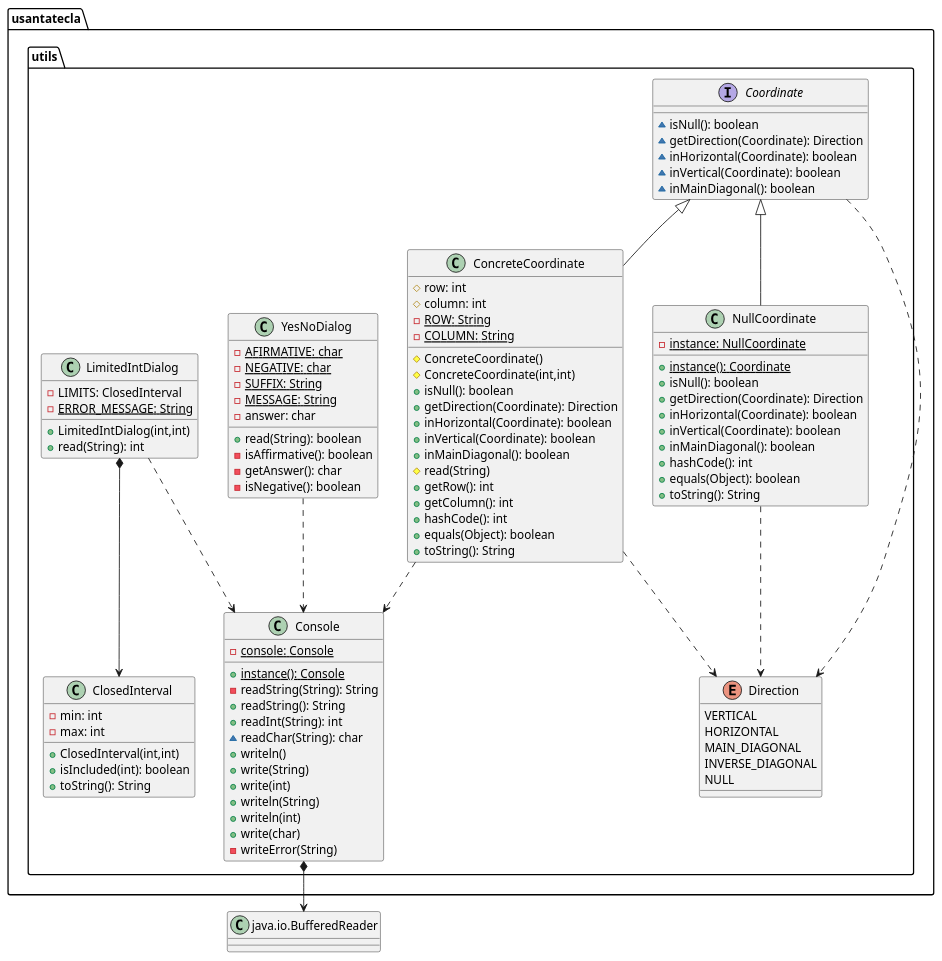
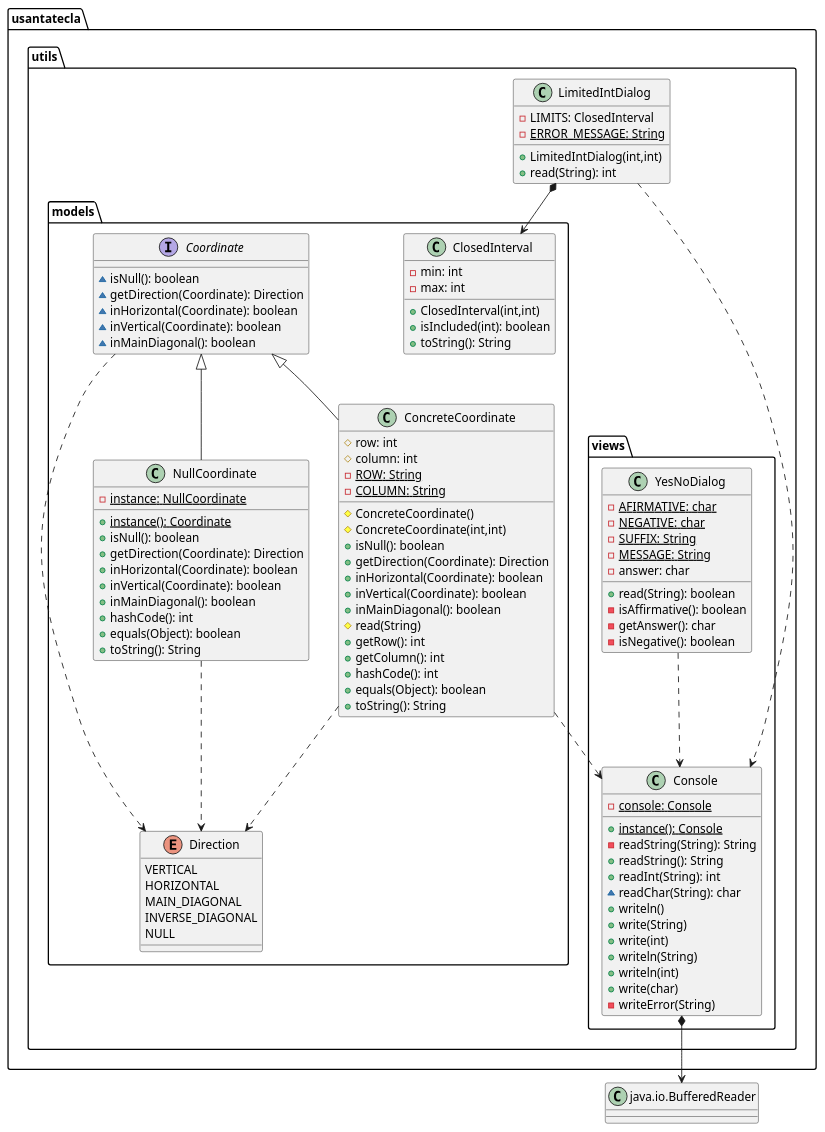
One commit to Jolucaa/USantaTecla-project-ticTacToe changed the seventh of 7 diagrams in documentView/withFactoryMethod/docs/diagrams/src/paquetes.plantuml. Above: the diagram before and after it, drawn with PlantUML. The commit also changed 54 other files, not shown here.

Commit message:
[dv.console] Added prototype + utils views

```diff
--- a/documentView/withFactoryMethod/docs/diagrams/src/paquetes.plantuml
+++ b/documentView/withFactoryMethod/docs/diagrams/src/paquetes.plantuml
@@ -466,108 +466,108 @@
 @startuml tictactoe.utils
 class BufferedReader as "java.io.BufferedReader"{}
 
-class  usantatecla.utils.ClosedInterval{
+class  usantatecla.utils.models.ClosedInterval{
 	- min: int
 	- max: int
 	+ ClosedInterval(int,int)
 	+ isIncluded(int): boolean
 	+ toString(): String
 }
 
-class usantatecla.utils.ConcreteCoordinate{
+class usantatecla.utils.models.ConcreteCoordinate{
 	# row: int
 	# column: int
 	- {static} ROW: String
 	- {static} COLUMN: String
 	# ConcreteCoordinate()
 	# ConcreteCoordinate(int,int)
 	+ isNull(): boolean
 	+ getDirection(Coordinate): Direction
 	+ inHorizontal(Coordinate): boolean
 	+ inVertical(Coordinate): boolean
 	+ inMainDiagonal(): boolean
 	# read(String)
 	+ getRow(): int
 	+ getColumn(): int
 	+ hashCode(): int
 	+ equals(Object): boolean
 	+ toString(): String
 }
 
-usantatecla.utils.Coordinate <|-down- usantatecla.utils.ConcreteCoordinate
-usantatecla.utils.ConcreteCoordinate .down.> usantatecla.utils.Direction
-usantatecla.utils.ConcreteCoordinate .down.> usantatecla.utils.Console
+usantatecla.utils.models.Coordinate <|-down- usantatecla.utils.models.ConcreteCoordinate
+usantatecla.utils.models.ConcreteCoordinate .down.> usantatecla.utils.models.Direction
+usantatecla.utils.models.ConcreteCoordinate .down.> usantatecla.utils.views.Console
 
 
-class usantatecla.utils.Console{
+class usantatecla.utils.views.Console{
 	- {static} console: Console
 	+ {static} instance(): Console
 	- readString(String): String
 	+ readString(): String
 	+ readInt(String): int
 	~ readChar(String): char
 	+ writeln()
 	+ write(String)
 	+ write(int)
 	+ writeln(String)
 	+ writeln(int)
 	+ write(char)
 	- writeError(String)
 }
-usantatecla.utils.Console *-down-> BufferedReader
+usantatecla.utils.views.Console *-down-> BufferedReader
 
-interface usantatecla.utils.Coordinate{
+interface usantatecla.utils.models.Coordinate{
 	~ isNull(): boolean
 	~ getDirection(Coordinate): Direction
 	~ inHorizontal(Coordinate): boolean
 	~ inVertical(Coordinate): boolean
 	~ inMainDiagonal(): boolean
 }
-usantatecla.utils.Coordinate .down.> usantatecla.utils.Direction
+usantatecla.utils.models.Coordinate .down.> usantatecla.utils.models.Direction
 
-enum usantatecla.utils.Direction{
+enum usantatecla.utils.models.Direction{
 	VERTICAL
 	HORIZONTAL
 	MAIN_DIAGONAL
 	INVERSE_DIAGONAL
 	NULL
 }
 
 class usantatecla.utils.LimitedIntDialog{
 	- LIMITS: ClosedInterval
 	- {static} ERROR_MESSAGE: String
 	+ LimitedIntDialog(int,int)
 	+ read(String): int
 }
 
-usantatecla.utils.LimitedIntDialog *-down-> usantatecla.utils.ClosedInterval
-usantatecla.utils.LimitedIntDialog .down.> usantatecla.utils.Console
+usantatecla.utils.LimitedIntDialog *-down-> usantatecla.utils.models.ClosedInterval
+usantatecla.utils.LimitedIntDialog .down.> usantatecla.utils.views.Console
 
-class usantatecla.utils.NullCoordinate{
+class usantatecla.utils.models.NullCoordinate{
 	- {static} instance: NullCoordinate
 	+ {static} instance(): Coordinate
 	+ isNull(): boolean
 	+ getDirection(Coordinate): Direction
 	+ inHorizontal(Coordinate): boolean
 	+ inVertical(Coordinate): boolean
 	+ inMainDiagonal(): boolean
 	+ hashCode(): int
 	+ equals(Object): boolean
 	+ toString(): String
 }
-usantatecla.utils.Coordinate <|-down- usantatecla.utils.NullCoordinate
-usantatecla.utils.NullCoordinate .down.> usantatecla.utils.Direction
+usantatecla.utils.models.Coordinate <|-down- usantatecla.utils.models.NullCoordinate
+usantatecla.utils.models.NullCoordinate .down.> usantatecla.utils.models.Direction
 
-class usantatecla.utils.YesNoDialog{
+class usantatecla.utils.views.YesNoDialog{
 	- {static} AFIRMATIVE: char
 	- {static} NEGATIVE: char
 	- {static} SUFFIX: String
 	- {static} MESSAGE: String
 	- answer: char
 	+ read(String): boolean
 	- isAffirmative(): boolean
 	- getAnswer(): char
 	- isNegative(): boolean
 }
-usantatecla.utils.YesNoDialog .down.> usantatecla.utils.Console
+usantatecla.utils.views.YesNoDialog .down.> usantatecla.utils.views.Console
 @enduml
```
